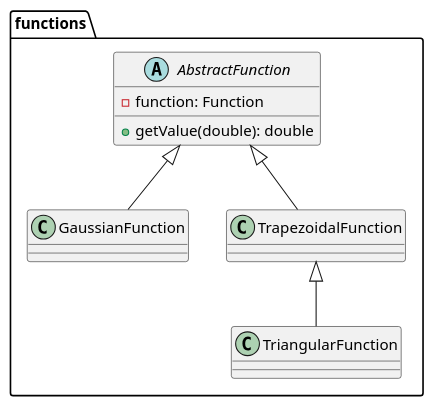
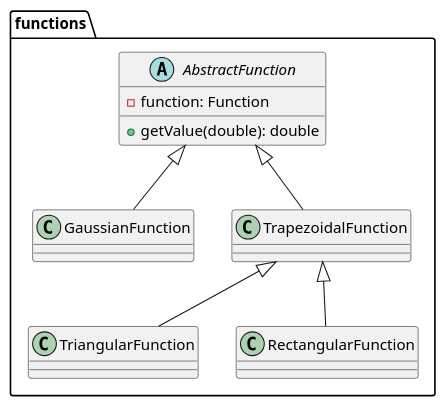
The third of 3 diagrams in task2/README.md (kambed/Computer-Recognition-Systems), drawn with PlantUML before and after one commit. The commit also changed 2 other files, not shown here.

Commit message:
Rectangular function

````diff
--- a/task2/README.md
+++ b/task2/README.md
@@ -49,11 +49,12 @@
 ```plantuml
 package functions {
     abstract class AbstractFunction {
         - function: Function
         + getValue(double): double
     }
     class GaussianFunction extends AbstractFunction
     class TrapezoidalFunction extends AbstractFunction
     class TriangularFunction extends TrapezoidalFunction
+    class RectangularFunction extends TrapezoidalFunction
 }
 ```
````
